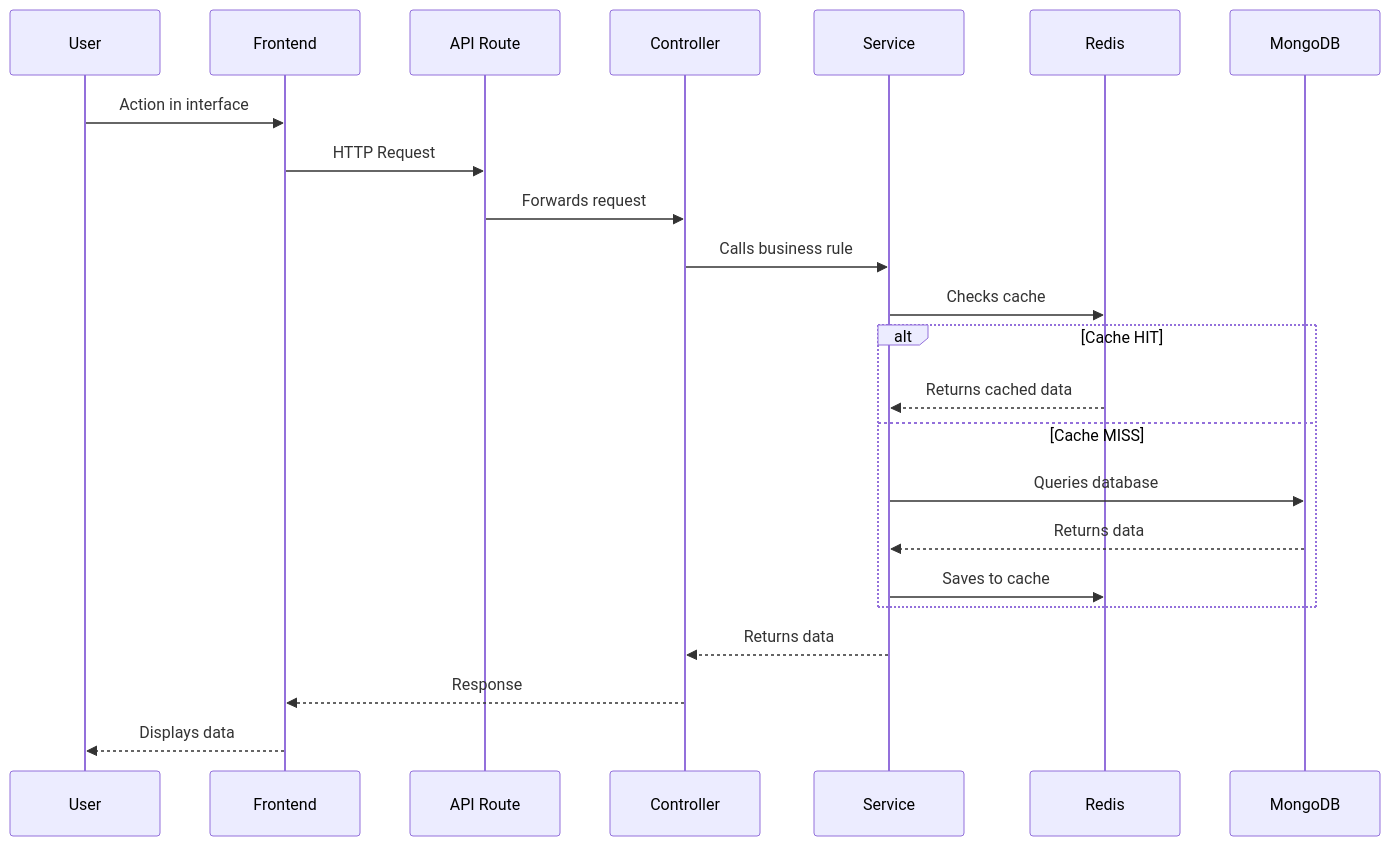
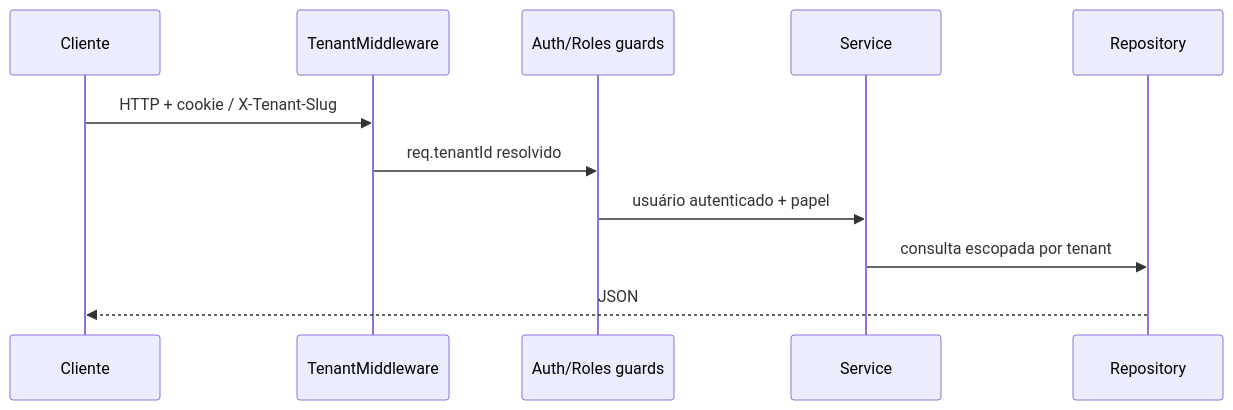
One commit to AlanZayon/api-maranguape changed the second of 2 diagrams in README.md. Above: the diagram before and after it, drawn with Mermaid. The commit also changed other lines of this file and 22 other files, not shown here.

Commit message:
Remove ARCHITECTURE.md and update license to AGPL-3.0 in package.json and package-lock.json; revise README.md for clarity and content; adjust tsconfig.json paths; enhance RUNBOOK.md with operational notes; delete unused GIFs and images.

````diff
--- a/README.md
+++ b/README.md
@@ -127,26 +71,14 @@
 ```mermaid
 sequenceDiagram
-    participant U as User
-    participant F as Frontend
-    participant R as API Route
-    participant C as Controller
-    participant S as Service
-    participant Cache as Redis
-    participant DB as MongoDB
+  participant C as Cliente
+  participant T as TenantMiddleware
+  participant G as Auth/Roles guards
+  participant S as Service
+  participant R as Repository
 
-    U->>F: Action in interface
-    F->>R: HTTP Request
-    R->>C: Forwards request
-    C->>S: Calls business rule
-    S->>Cache: Checks cache
-    alt Cache HIT
-        Cache-->>S: Returns cached data
-    else Cache MISS
-        S->>DB: Queries database
-        DB-->>S: Returns data
-        S->>Cache: Saves to cache
-    end
-    S-->>C: Returns data
-    C-->>F: Response
-    F-->>U: Displays data
+  C->>T: HTTP + cookie / X-Tenant-Slug
+  T->>G: req.tenantId resolvido
+  G->>S: usuário autenticado + papel
+  S->>R: consulta escopada por tenant
+  R-->>C: JSON
 ```
````
